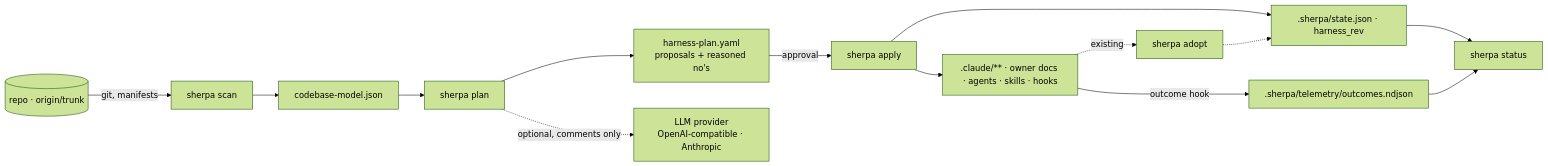
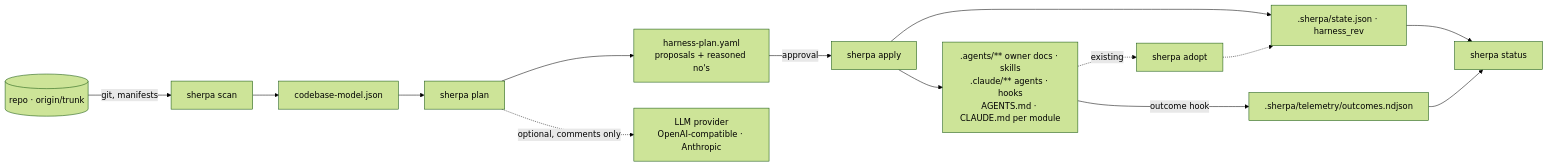
The diagram in README.md (sherparc/Sherpa), drawn with Mermaid (forest theme) before and after one commit. The commit also changed other lines of this file and 33 other files, not shown here.

````diff
--- a/README.md
+++ b/README.md
@@ -162,15 +174,15 @@
 ```mermaid
 flowchart LR
     R[(repo · origin/trunk)] -->|git, manifests| S[sherpa scan]
     S --> M[codebase-model.json]
     M --> P[sherpa plan]
     P --> Y[harness-plan.yaml<br/>proposals + reasoned no's]
     Y -->|approval| A[sherpa apply]
-    A --> H[.claude/** · owner docs · agents · skills · hooks]
+    A --> H[.agents/** owner docs · skills<br/>.claude/** agents · hooks<br/>AGENTS.md · CLAUDE.md per module]
     A --> ST[.sherpa/state.json · harness_rev]
     H -->|outcome hook| O[.sherpa/telemetry/outcomes.ndjson]
     ST --> Q[sherpa status]
     O --> Q
     H -.->|existing| AD[sherpa adopt] -.-> ST
     P -. optional, comments only .-> L[LLM provider<br/>OpenAI-compatible · Anthropic]
 ```
````
